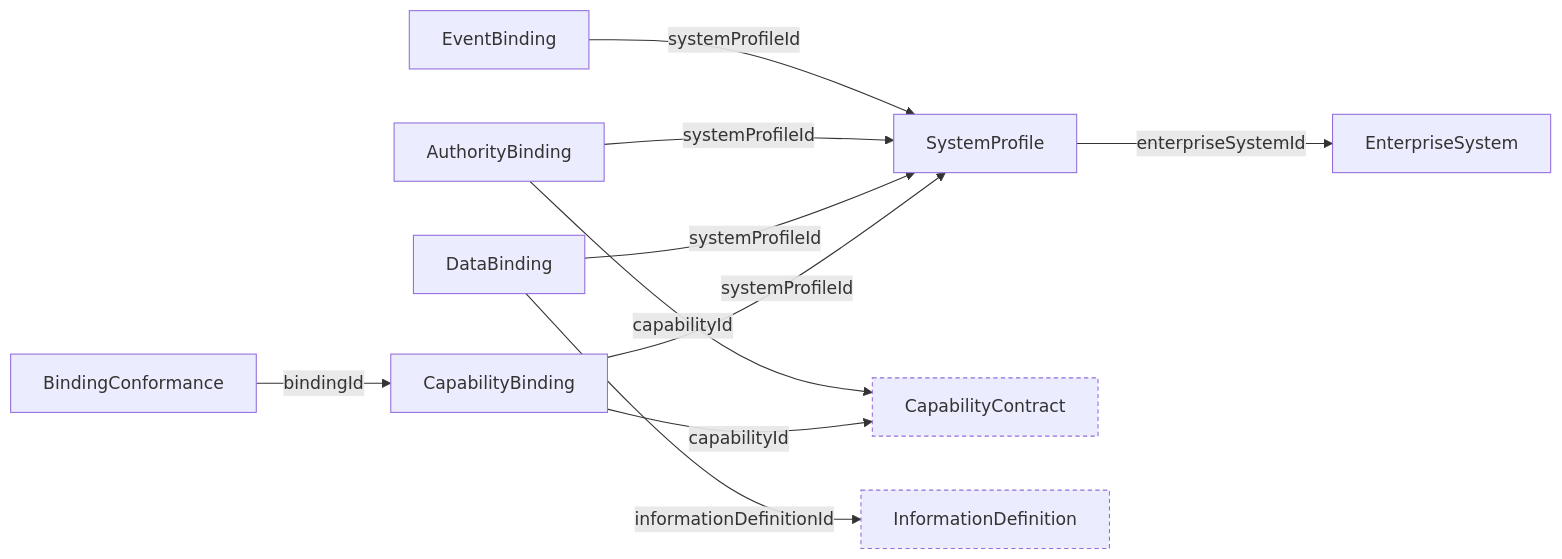
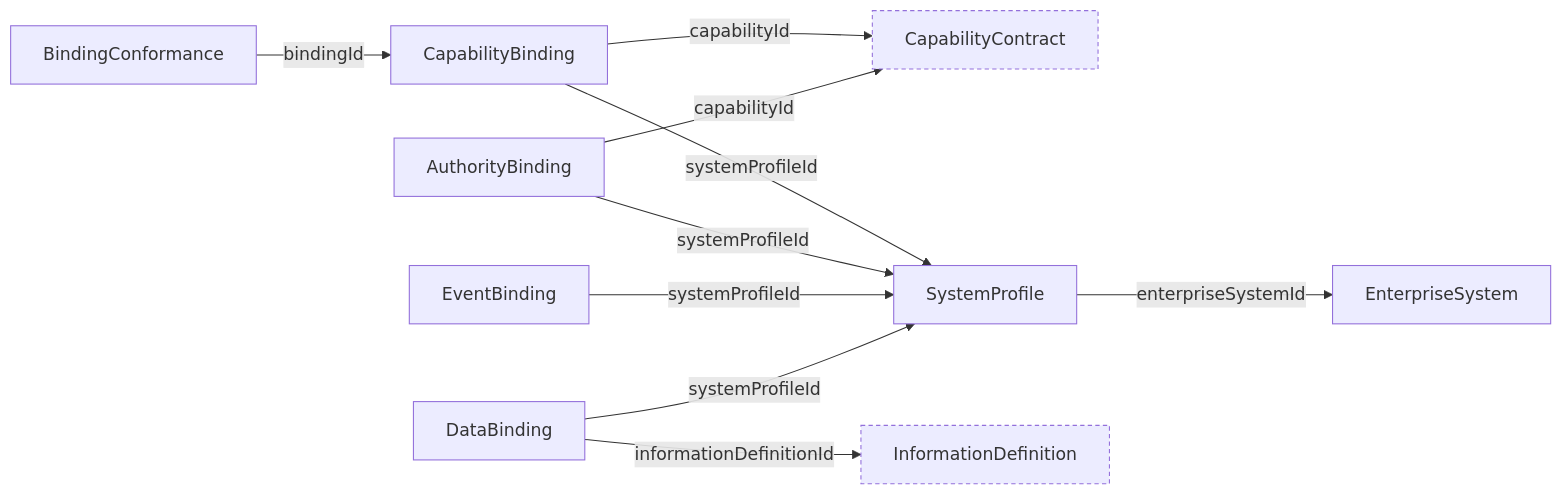
The diagram in schema/binding/README.md (nauticana/charter), drawn with Mermaid before and after one commit. The commit also changed other lines of this file and 37 other files, not shown here.

````diff
--- a/schema/binding/README.md
+++ b/schema/binding/README.md
@@ -9,15 +9,15 @@
 ```mermaid
 flowchart LR
-    SystemProfile -->|enterpriseSystemId| EnterpriseSystem
+    BindingConformance -->|bindingId| CapabilityBinding
+    CapabilityBinding -->|capabilityId| CapabilityContract
     CapabilityBinding -->|systemProfileId| SystemProfile
-    CapabilityBinding -->|capabilityId| CapabilityContract
+    AuthorityBinding -->|capabilityId| CapabilityContract
+    AuthorityBinding -->|systemProfileId| SystemProfile
+    EventBinding -->|systemProfileId| SystemProfile
     DataBinding -->|systemProfileId| SystemProfile
     DataBinding -->|informationDefinitionId| InformationDefinition
-    AuthorityBinding -->|systemProfileId| SystemProfile
-    AuthorityBinding -->|capabilityId| CapabilityContract
-    EventBinding -->|systemProfileId| SystemProfile
-    BindingConformance -->|bindingId| CapabilityBinding
+    SystemProfile -->|enterpriseSystemId| EnterpriseSystem
 
     classDef ext stroke-dasharray: 4 3
     class CapabilityContract,InformationDefinition ext
 ```
````
